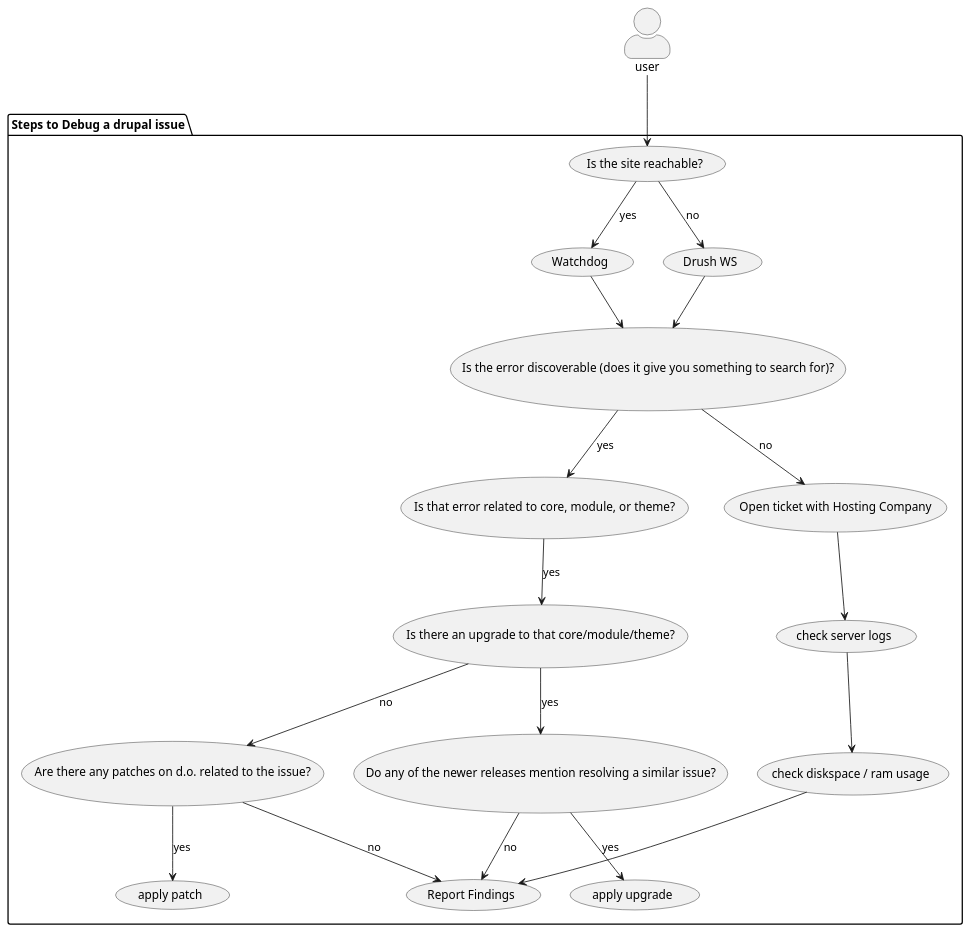
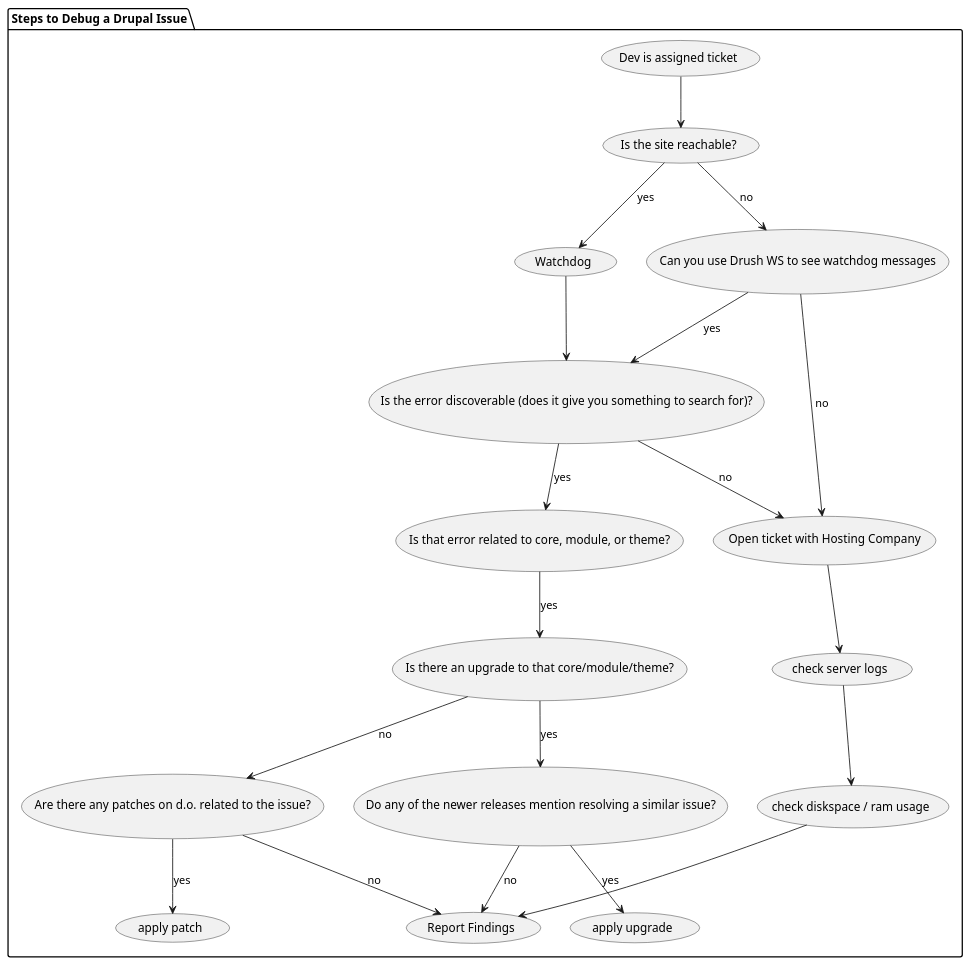
Before and after one commit to jdelon02/drupalerrorflow: the diagram in basic.puml, drawn with PlantUML.

```diff
--- a/basic.puml
+++ b/basic.puml
@@ -1,48 +1,50 @@
 @startuml
 skinparam actorStyle awesome
 
-package "Steps to Debug a drupal issue" as pack {
+package "Steps to Debug a Drupal Issue" as pack {
+  usecase "Dev is assigned ticket" as user
   usecase "Is the site reachable?" as rable
   usecase "Watchdog" as watchdog
-  usecase "Drush WS" as drush_ws
+  usecase "Can you use Drush WS to see watchdog messages" as drush_ws
   usecase "Is the error discoverable (does it give you something to search for)?" as see_error
   usecase "Is that error related to core, module, or theme?" as mt
   usecase "Is there an upgrade to that core/module/theme?" as mt_up
   usecase "Do any of the newer releases mention resolving a similar issue?" as mt_check
   usecase "Are there any patches on d.o. related to the issue?" as patchcheck
   usecase "apply upgrade" as upgrade
   usecase "apply patch" as patch
   usecase "Open ticket with Hosting Company" as hosting
   usecase "Report Findings" as stop
   usecase "check server logs" as log
   usecase "check diskspace / ram usage" as checks
 
 }
 
-:user: --> rable
+user --> rable
 rable --> watchdog : yes
 rable --> drush_ws : no
 
-drush_ws --> see_error
+drush_ws --> see_error : yes
+drush_ws --> hosting : no
 watchdog --> see_error
 see_error --> hosting : no
 hosting --> log
 log --> checks
 checks --> stop
 see_error --> mt : yes
 ' hosting -> :user: : Restart with new info
 mt --> mt_up : yes
 mt_up --> patchcheck : no
 mt_up --> mt_check : yes
 mt_check --> upgrade : yes
 mt_check --> stop : no
 patchcheck --> patch: yes
 patchcheck --> stop : no
 
 
 
 
 
 
 
 @enduml
```
